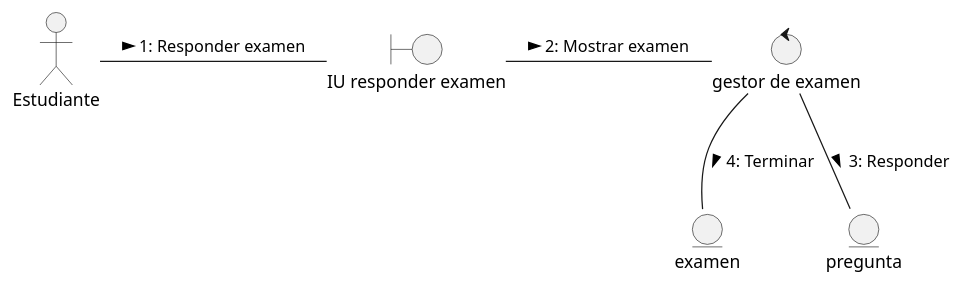
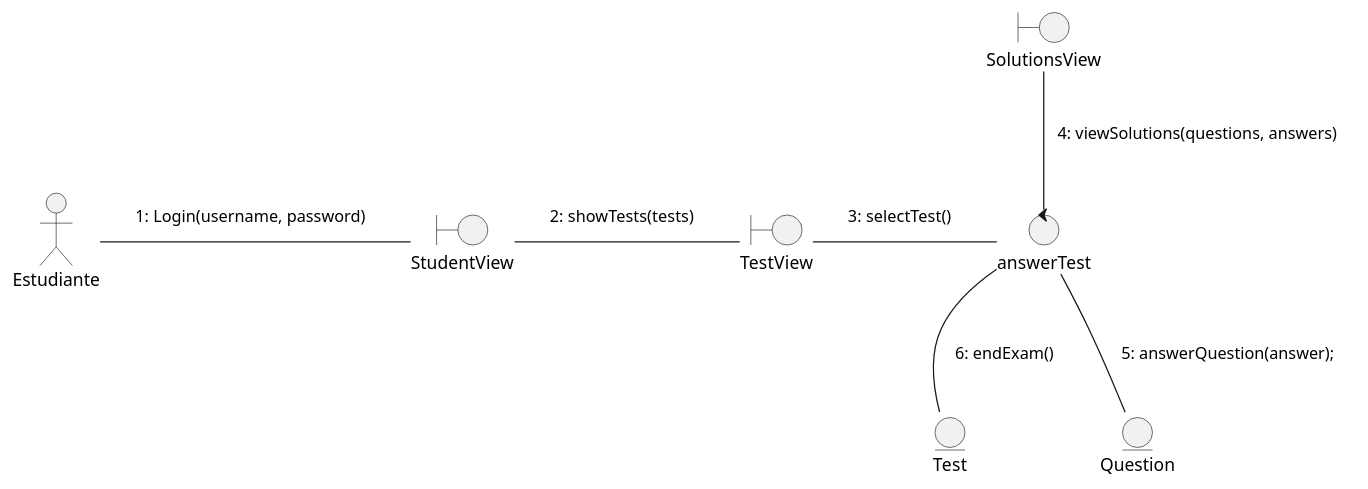
One commit to MiguelCiav/Uhuru changed the diagram in docs/logicalView/analisysView/classAnalisys/diagrama_colaboracion_CU2.plantuml. Above: the diagram before and after it, drawn with PlantUML. The commit also changed 23 other files, not shown here.

Commit message:
Correción de diagrama de casos de análisis

```diff
--- a/docs/logicalView/analisysView/classAnalisys/diagrama_colaboracion_CU2.plantuml
+++ b/docs/logicalView/analisysView/classAnalisys/diagrama_colaboracion_CU2.plantuml
@@ -1,14 +1,40 @@
 @startuml clase_analisis 
 
+skinparam NoteBackgroundColor transparent
+skinparam NoteBorderColor transparent
+
 actor Estudiante
-boundary "IU responder examen" as responder_examen
-control "gestor de examen" as controlador 
-entity examen
-entity pregunta
+boundary "StudentView" as vista_estudiante
+boundary "TestView" as responder_examen
+boundary "SolutionsView" as soluciones
+control "answerTest" as controlador 
+entity Test as examen
+entity Question as pregunta
 
-Estudiante -r- responder_examen: 1: Responder examen >
-responder_examen -r- controlador: 2: Mostrar examen >
-controlador -- pregunta: 3: Responder >
-controlador -- examen: 4: Terminar >
+Estudiante -r- vista_estudiante
+note on link
+1: Login(username, password)
+end note
+vista_estudiante -r- responder_examen
+note on link
+2: showTests(tests)
+end note
+responder_examen -r- controlador
+note on link
+3: selectTest()
+end note
+controlador -u- soluciones
+note on link
+4: viewSolutions(questions, answers)
+end note
+controlador -- pregunta
+note on link
+5: answerQuestion(answer);
+end note
+controlador -- examen
+note on link
+6: endExam()
+end note
+
 
 @enduml
```
